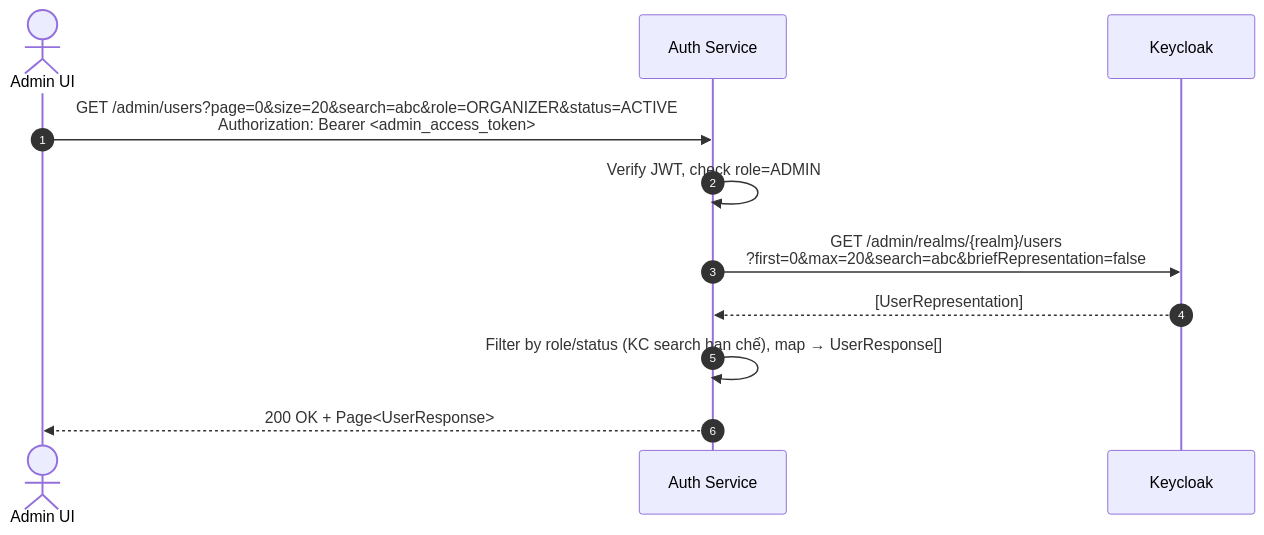
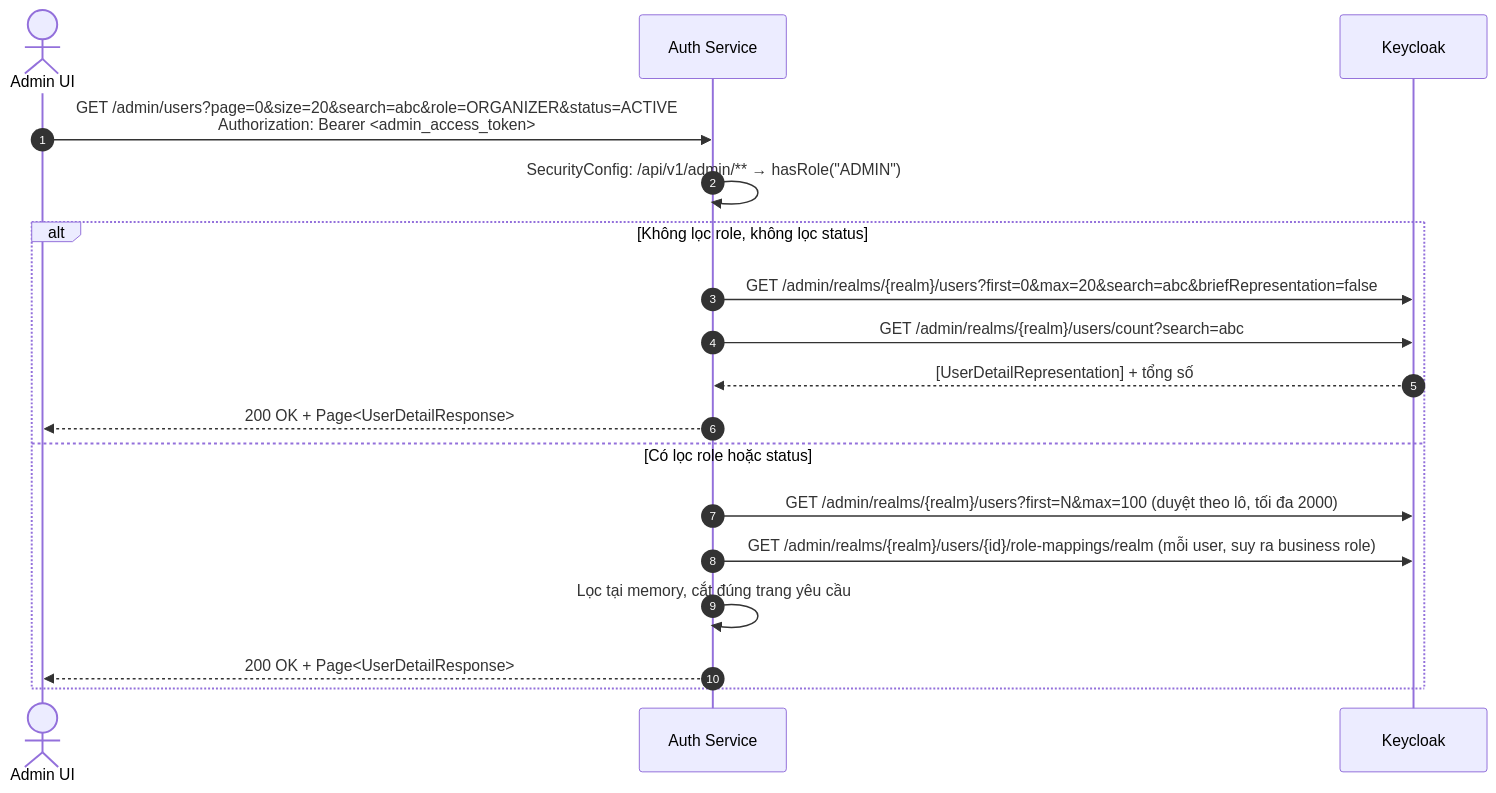
One commit to duymk123/EventHub changed the eighth of 13 diagrams in docs/architecture/auth-keycloak-flows.md. Above: the diagram before and after it, drawn with Mermaid. The commit also changed other lines of this file and 27 other files, not shown here.

````diff
--- a/docs/architecture/auth-keycloak-flows.md
+++ b/docs/architecture/auth-keycloak-flows.md
@@ -234,14 +242,21 @@
 ```mermaid
 sequenceDiagram
     autonumber
     actor FE as Admin UI
     participant AS as Auth Service
     participant KC as Keycloak
 
     FE->>AS: GET /admin/users?page=0&size=20&search=abc&role=ORGANIZER&status=ACTIVE<br/>Authorization: Bearer <admin_access_token>
-    AS->>AS: Verify JWT, check role=ADMIN
-    AS->>KC: GET /admin/realms/{realm}/users<br/>?first=0&max=20&search=abc&briefRepresentation=false
-    KC-->>AS: [UserRepresentation]
-    AS->>AS: Filter by role/status (KC search hạn chế), map → UserResponse[]
-    AS-->>FE: 200 OK + Page<UserResponse>
+    AS->>AS: SecurityConfig: /api/v1/admin/** → hasRole("ADMIN")
+    alt Không lọc role, không lọc status
+        AS->>KC: GET /admin/realms/{realm}/users?first=0&max=20&search=abc&briefRepresentation=false
+        AS->>KC: GET /admin/realms/{realm}/users/count?search=abc
+        KC-->>AS: [UserDetailRepresentation] + tổng số
+        AS-->>FE: 200 OK + Page<UserDetailResponse>
+    else Có lọc role hoặc status
+        AS->>KC: GET /admin/realms/{realm}/users?first=N&max=100 (duyệt theo lô, tối đa 2000)
+        AS->>KC: GET /admin/realms/{realm}/users/{id}/role-mappings/realm (mỗi user, suy ra business role)
+        AS->>AS: Lọc tại memory, cắt đúng trang yêu cầu
+        AS-->>FE: 200 OK + Page<UserDetailResponse>
+    end
 ```
````
